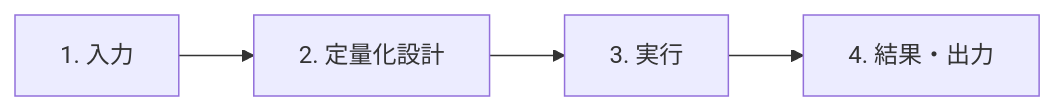
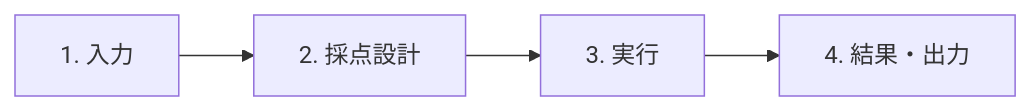
The diagram in docs/getting-started.md (dahatake/StudyReport-Evaluator), drawn with Mermaid before and after one commit. The commit also changed other lines of this file and 109 other files, not shown here.

````diff
--- a/docs/getting-started.md
+++ b/docs/getting-started.md
@@ -76,6 +76,6 @@
 ```mermaid
 flowchart LR
-    A[1. 入力] --> B[2. 定量化設計]
+    A[1. 入力] --> B[2. 採点設計]
     B --> C[3. 実行]
     C --> D[4. 結果・出力]
 ```
````
